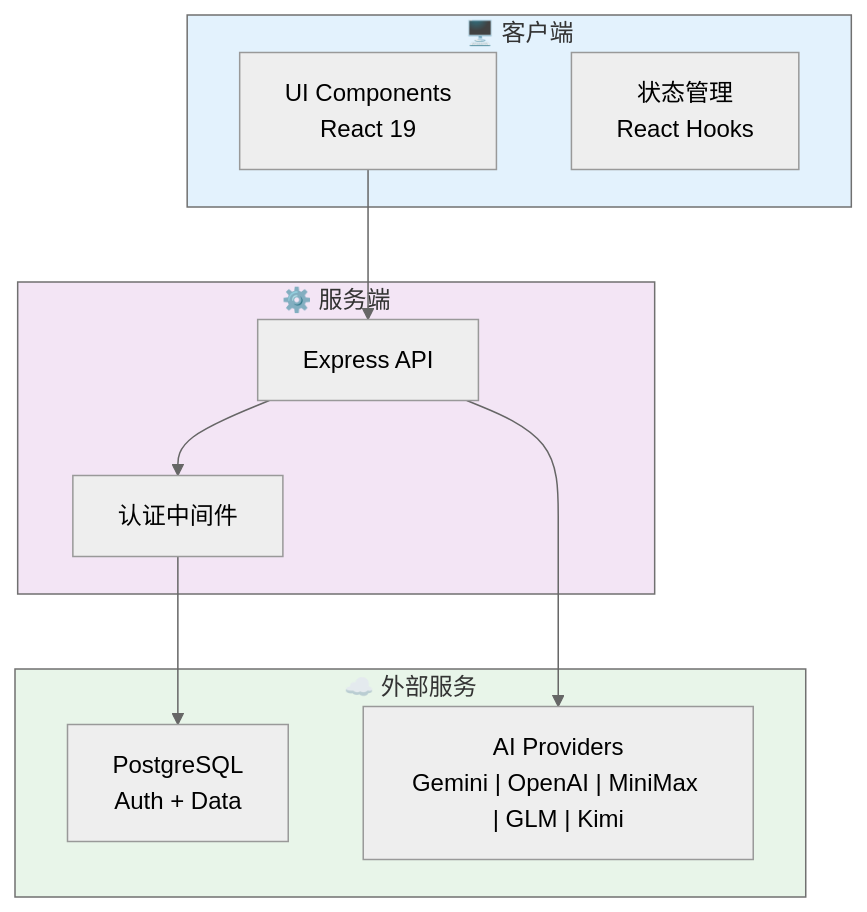
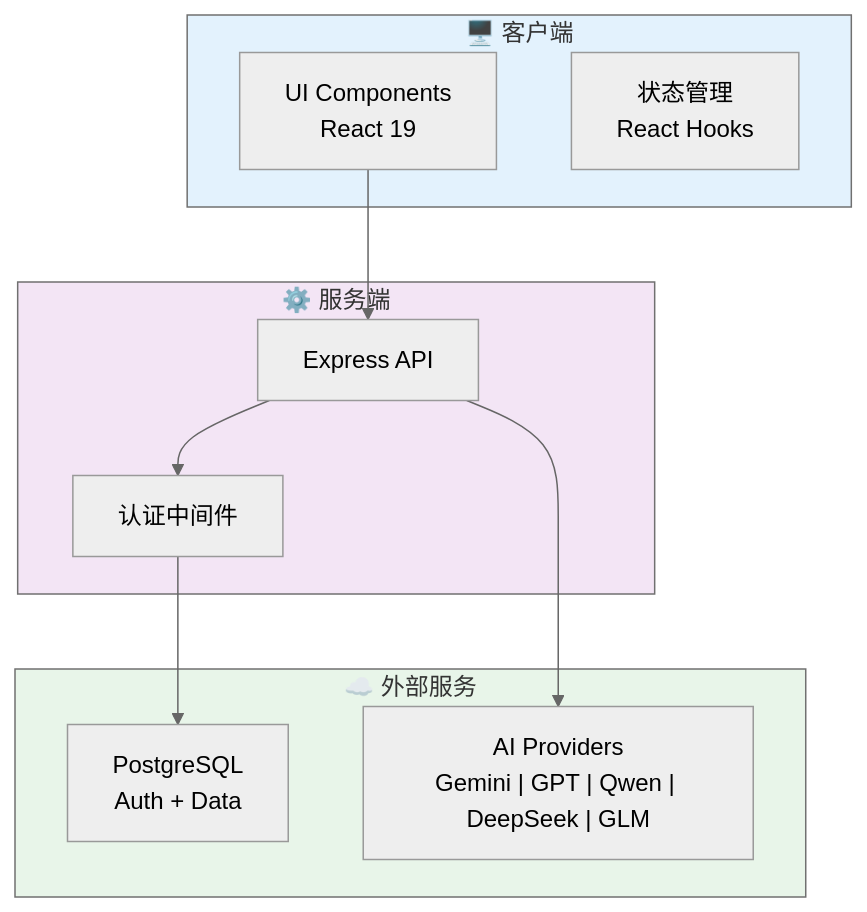
One commit to Alwayspushthru/opensynapse changed the first of 3 diagrams in README.md. Above: the diagram before and after it, drawn with Mermaid (neutral theme). The commit also changed other lines of this file and 29 other files, not shown here.

Commit message:
refactor: 厂商矩阵收敛为五家官方接入（默认 DeepSeek）

````diff
--- a/README.md
+++ b/README.md
@@ -303,24 +250,24 @@
 ```mermaid
 flowchart TB
     subgraph Client["🖥️ 客户端"]
         UI["UI Components<br/>React 19"]
         State["状态管理<br/>React Hooks"]
     end
-    
+
     subgraph Server["⚙️ 服务端"]
         API["Express API"]
         Auth["认证中间件"]
     end
-    
+
     subgraph Services["☁️ 外部服务"]
         DB["PostgreSQL<br/>Auth + Data"]
-        AI["AI Providers<br/>Gemini | OpenAI | MiniMax | GLM | Kimi"]
+        AI["AI Providers<br/>Gemini | GPT | Qwen | DeepSeek | GLM"]
     end
-    
+
     UI --> API --> Auth --> DB
     API --> AI
-    
+
     style Client fill:#e3f2fd
     style Server fill:#f3e5f5
     style Services fill:#e8f5e9
 ```
````
